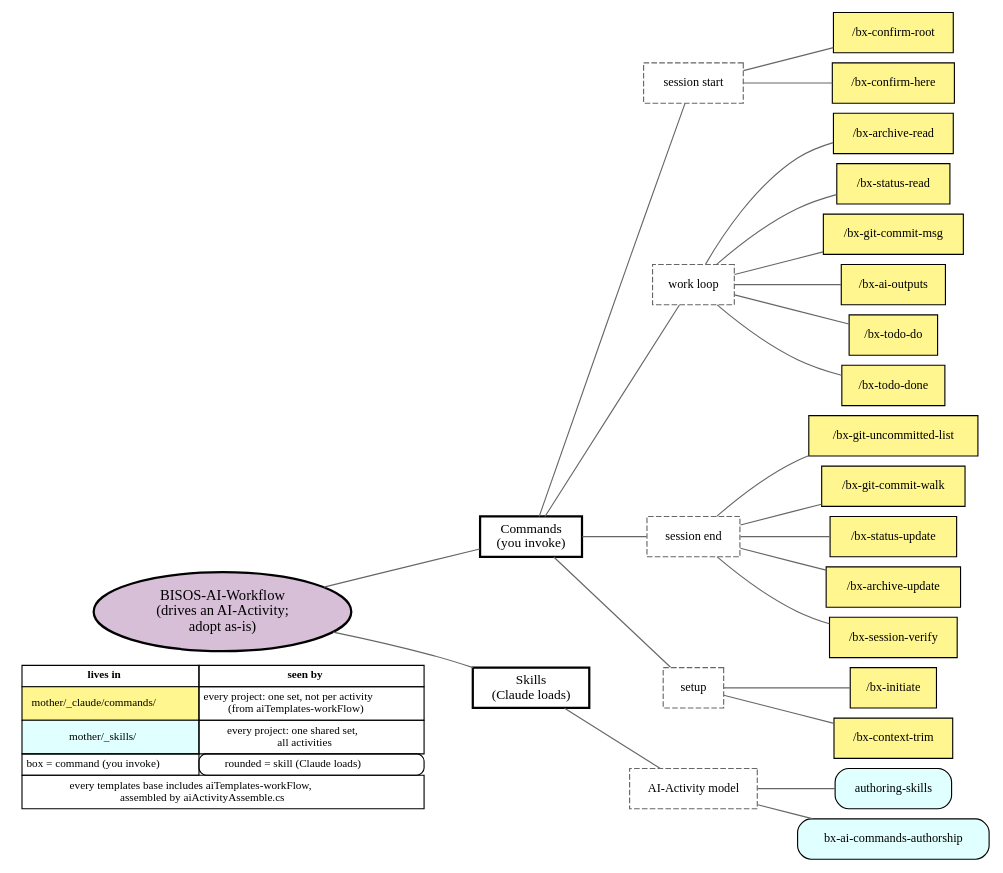
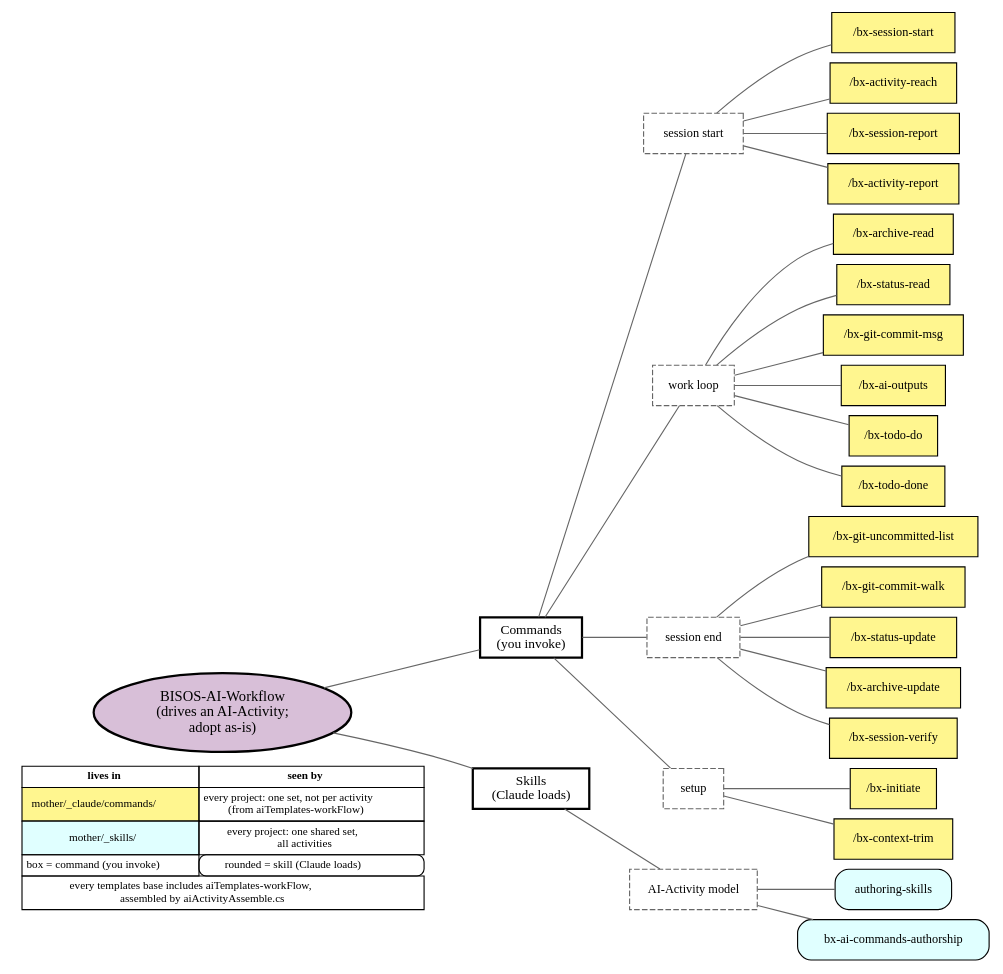
The diagram in py3/images/aiGeneralTree.gv (bisos-pip/aiActivity), drawn with Graphviz before and after one commit. The commit also changed 58 other files, not shown here.

```diff
--- a/py3/images/aiGeneralTree.gv
+++ b/py3/images/aiGeneralTree.gv
@@ -1,63 +1,67 @@
 digraph {
 	nodesep=0.12 rankdir=LR ranksep=0.5
 	node [fontsize=11]
 	root [label="BISOS-AI-Workflow
 (drives an AI-Activity;
 adopt as-is)" fillcolor=thistle fontsize=13 shape=ellipse style="filled,bold"]
 	commands [label="Commands
 (you invoke)" fontsize=12 shape=box style=bold]
 	skills [label="Skills
 (Claude loads)" fontsize=12 shape=box style=bold]
 	root -> commands [arrowhead=none color=gray40]
 	root -> skills [arrowhead=none color=gray40]
 	cmdStart [label="session start" color=gray40 fontsize=11 shape=box style=dashed]
 	commands -> cmdStart [arrowhead=none color=gray40]
-	"/bx-confirm-root" [label="/bx-confirm-root" fillcolor=khaki1 shape=box style=filled]
-	cmdStart -> "/bx-confirm-root" [arrowhead=none color=gray40]
-	"/bx-confirm-here" [label="/bx-confirm-here" fillcolor=khaki1 shape=box style=filled]
-	cmdStart -> "/bx-confirm-here" [arrowhead=none color=gray40]
+	"/bx-session-start" [label="/bx-session-start" fillcolor=khaki1 shape=box style=filled]
+	cmdStart -> "/bx-session-start" [arrowhead=none color=gray40]
+	"/bx-activity-reach" [label="/bx-activity-reach" fillcolor=khaki1 shape=box style=filled]
+	cmdStart -> "/bx-activity-reach" [arrowhead=none color=gray40]
+	"/bx-session-report" [label="/bx-session-report" fillcolor=khaki1 shape=box style=filled]
+	cmdStart -> "/bx-session-report" [arrowhead=none color=gray40]
+	"/bx-activity-report" [label="/bx-activity-report" fillcolor=khaki1 shape=box style=filled]
+	cmdStart -> "/bx-activity-report" [arrowhead=none color=gray40]
 	cmdLoop [label="work loop" color=gray40 fontsize=11 shape=box style=dashed]
 	commands -> cmdLoop [arrowhead=none color=gray40]
 	"/bx-archive-read" [label="/bx-archive-read" fillcolor=khaki1 shape=box style=filled]
 	cmdLoop -> "/bx-archive-read" [arrowhead=none color=gray40]
 	"/bx-status-read" [label="/bx-status-read" fillcolor=khaki1 shape=box style=filled]
 	cmdLoop -> "/bx-status-read" [arrowhead=none color=gray40]
 	"/bx-git-commit-msg" [label="/bx-git-commit-msg" fillcolor=khaki1 shape=box style=filled]
 	cmdLoop -> "/bx-git-commit-msg" [arrowhead=none color=gray40]
 	"/bx-ai-outputs" [label="/bx-ai-outputs" fillcolor=khaki1 shape=box style=filled]
 	cmdLoop -> "/bx-ai-outputs" [arrowhead=none color=gray40]
 	"/bx-todo-do" [label="/bx-todo-do" fillcolor=khaki1 shape=box style=filled]
 	cmdLoop -> "/bx-todo-do" [arrowhead=none color=gray40]
 	"/bx-todo-done" [label="/bx-todo-done" fillcolor=khaki1 shape=box style=filled]
 	cmdLoop -> "/bx-todo-done" [arrowhead=none color=gray40]
 	cmdEnd [label="session end" color=gray40 fontsize=11 shape=box style=dashed]
 	commands -> cmdEnd [arrowhead=none color=gray40]
 	"/bx-git-uncommitted-list" [label="/bx-git-uncommitted-list" fillcolor=khaki1 shape=box style=filled]
 	cmdEnd -> "/bx-git-uncommitted-list" [arrowhead=none color=gray40]
 	"/bx-git-commit-walk" [label="/bx-git-commit-walk" fillcolor=khaki1 shape=box style=filled]
 	cmdEnd -> "/bx-git-commit-walk" [arrowhead=none color=gray40]
 	"/bx-status-update" [label="/bx-status-update" fillcolor=khaki1 shape=box style=filled]
 	cmdEnd -> "/bx-status-update" [arrowhead=none color=gray40]
 	"/bx-archive-update" [label="/bx-archive-update" fillcolor=khaki1 shape=box style=filled]
 	cmdEnd -> "/bx-archive-update" [arrowhead=none color=gray40]
 	"/bx-session-verify" [label="/bx-session-verify" fillcolor=khaki1 shape=box style=filled]
 	cmdEnd -> "/bx-session-verify" [arrowhead=none color=gray40]
 	cmdSetup [label=setup color=gray40 fontsize=11 shape=box style=dashed]
 	commands -> cmdSetup [arrowhead=none color=gray40]
 	"/bx-initiate" [label="/bx-initiate" fillcolor=khaki1 shape=box style=filled]
 	cmdSetup -> "/bx-initiate" [arrowhead=none color=gray40]
 	"/bx-context-trim" [label="/bx-context-trim" fillcolor=khaki1 shape=box style=filled]
 	cmdSetup -> "/bx-context-trim" [arrowhead=none color=gray40]
 	skAiActivity [label="AI-Activity model" color=gray40 fontsize=11 shape=box style=dashed]
 	skills -> skAiActivity [arrowhead=none color=gray40]
 	"authoring-skills" [label="authoring-skills" fillcolor=lightcyan shape=box style="filled,rounded"]
 	skAiActivity -> "authoring-skills" [arrowhead=none color=gray40]
 	"bx-ai-commands-authorship" [label="bx-ai-commands-authorship" fillcolor=lightcyan shape=box style="filled,rounded"]
 	skAiActivity -> "bx-ai-commands-authorship" [arrowhead=none color=gray40]
 	{
 		rank=same
 		root
 		legend [label=<<TABLE BORDER="0" CELLBORDER="1" CELLSPACING="0" CELLPADDING="3"><TR><TD><B>lives in</B></TD><TD><B>seen by</B></TD></TR><TR><TD BGCOLOR="khaki1">mother/_claude/commands/</TD><TD>every project: one set, not per activity<BR/>(from aiTemplates-workFlow)</TD></TR><TR><TD BGCOLOR="lightcyan">mother/_skills/</TD><TD>every project: one shared set,<BR/>all activities</TD></TR><TR><TD>box = command (you invoke)</TD><TD STYLE="rounded">rounded = skill (Claude loads)</TD></TR><TR><TD COLSPAN="2">every templates base includes aiTemplates-workFlow,<BR/>assembled by aiActivityAssemble.cs</TD></TR></TABLE>> fontsize=10 shape=plaintext]
 	}
 	root -> legend [style=invis]
 }
```
